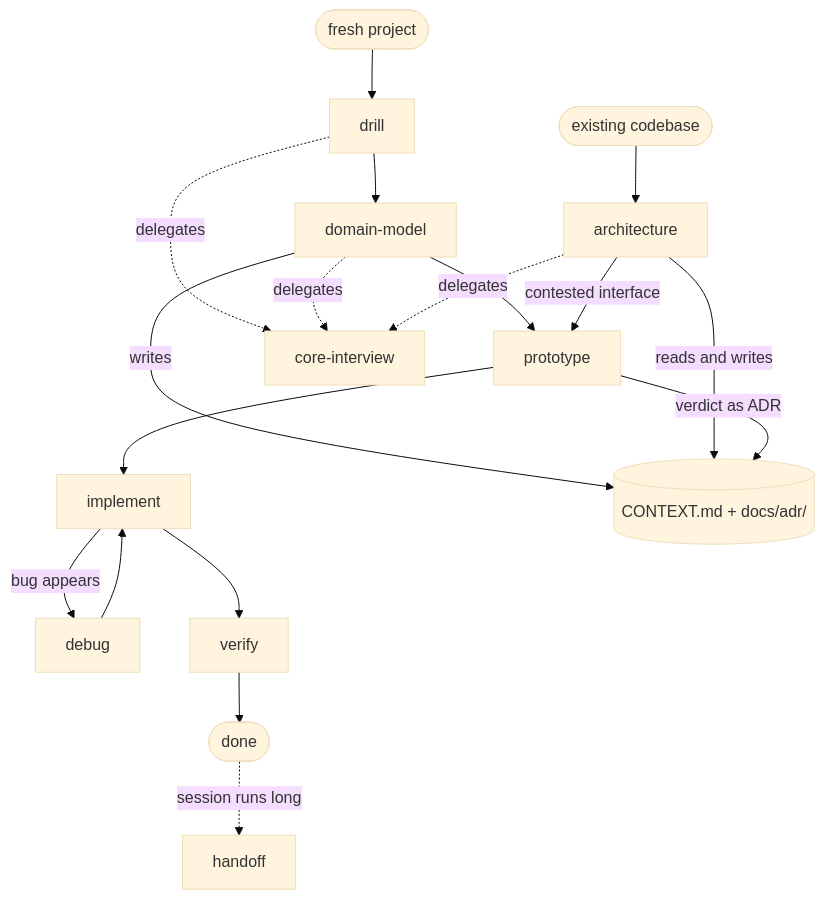
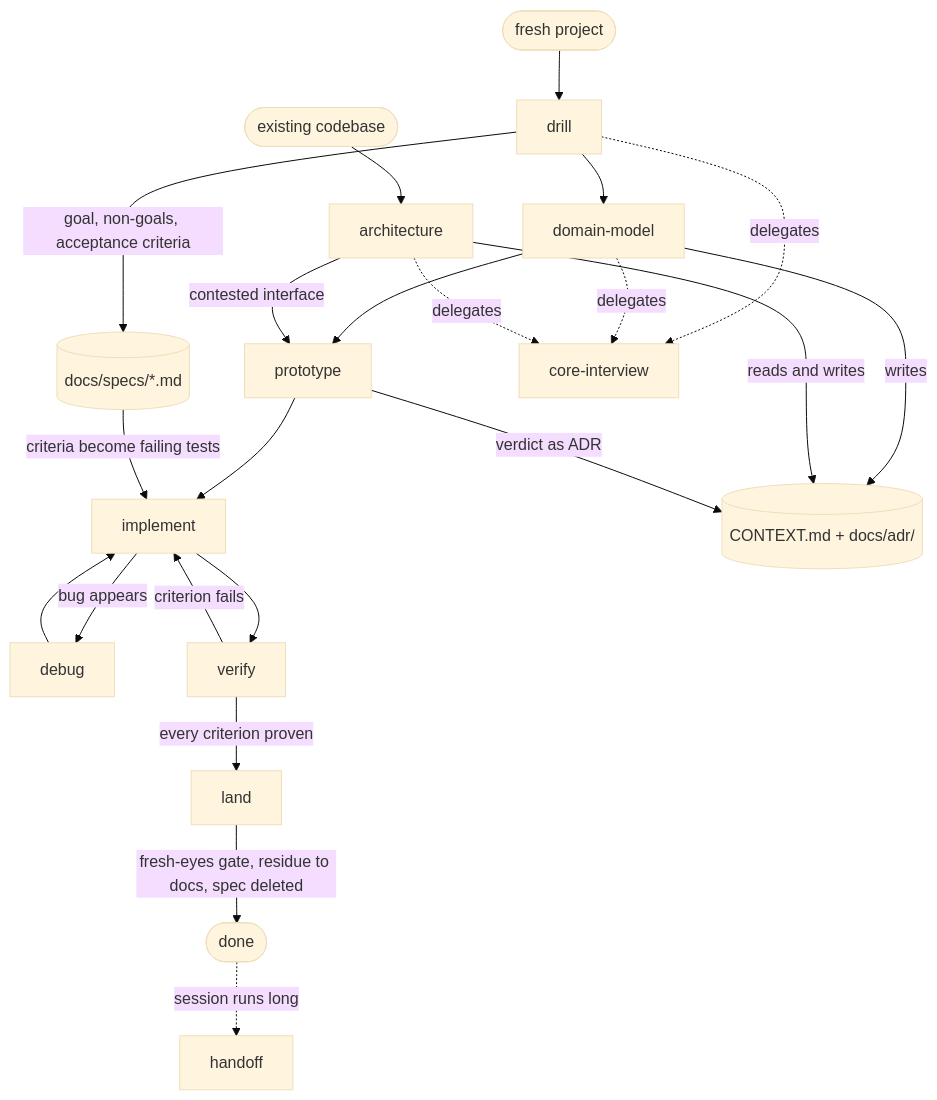
Before and after one commit to gitshrl/skills: the diagram in README.md, drawn with Mermaid (base theme). The commit also changed other lines of this file and 7 other files, not shown here.

Commit message:
run the base workflow as a loop: spec steers, implement makes, verify checks, land closes

````diff
--- a/README.md
+++ b/README.md
@@ -34,25 +36,30 @@
 ```mermaid
 flowchart TD
     fresh([fresh project]) --> drill
     existing([existing codebase]) --> architecture
 
     drill --> dm[domain-model]
     dm --> proto[prototype]
     proto --> impl[implement]
     architecture -- contested interface --> proto
 
+    drill -- goal, non-goals, acceptance criteria --> spec[("docs/specs/*.md")]
+    spec -- criteria become failing tests --> impl
+
     impl -- bug appears --> debug
     debug --> impl
     impl --> verify
-    verify --> done([done])
+    verify -- criterion fails --> impl
+    verify -- every criterion proven --> land[land]
+    land -- fresh-eyes gate, residue to docs, spec deleted --> done([done])
 
     drill -. delegates .-> ci[core-interview]
     dm -. delegates .-> ci
     architecture -. delegates .-> ci
 
     dm -- writes --> docs[("CONTEXT.md + docs/adr/")]
     architecture -- reads and writes --> docs
     proto -- verdict as ADR --> docs
 
     done -. session runs long .-> handoff[handoff]
 ```
````
